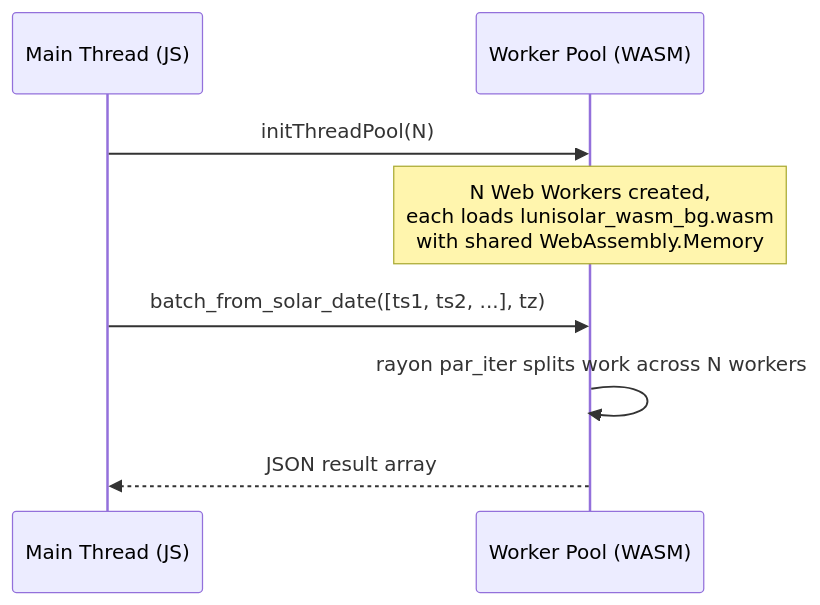
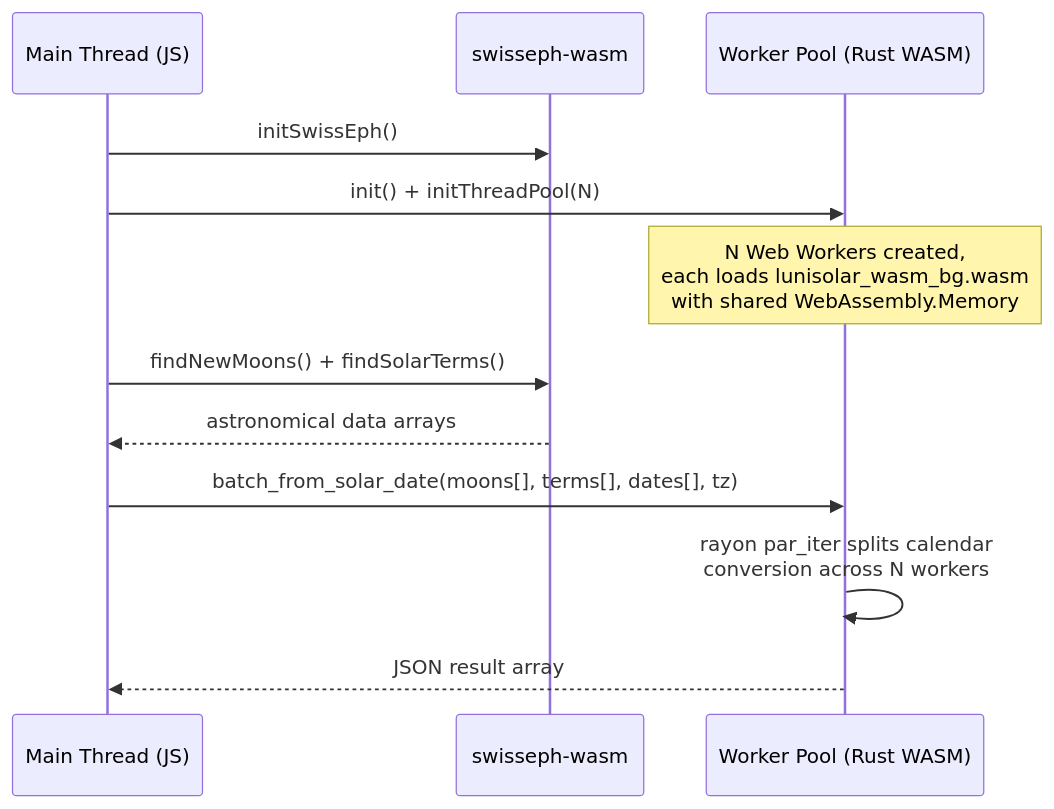
One commit to huydhoang/lunisolar-calendar changed the fourth of 4 diagrams in @specs/wasm.md. Above: the diagram before and after it, drawn with Mermaid. The commit also changed other lines of this file, not shown here.

Commit message:
Rewrite wasm.md: integrate swisseph-wasm, eliminate legacy pipeline and AssemblyScript option

````diff
--- a/@specs/wasm.md
+++ b/@specs/wasm.md
@@ -240,12 +464,17 @@
 ```mermaid
 sequenceDiagram
     participant Main as Main Thread (JS)
-    participant Pool as Worker Pool (WASM)
+    participant SWE as swisseph-wasm
+    participant Pool as Worker Pool (Rust WASM)
 
-    Main->>Pool: initThreadPool(N)
+    Main->>SWE: initSwissEph()
+    Main->>Pool: init() + initThreadPool(N)
     Note over Pool: N Web Workers created,<br/>each loads lunisolar_wasm_bg.wasm<br/>with shared WebAssembly.Memory
 
-    Main->>Pool: batch_from_solar_date([ts1, ts2, ...], tz)
-    Pool->>Pool: rayon par_iter splits work across N workers
+    Main->>SWE: findNewMoons() + findSolarTerms()
+    SWE-->>Main: astronomical data arrays
+
+    Main->>Pool: batch_from_solar_date(moons[], terms[], dates[], tz)
+    Pool->>Pool: rayon par_iter splits calendar<br/>conversion across N workers
     Pool-->>Main: JSON result array
 ```
````
